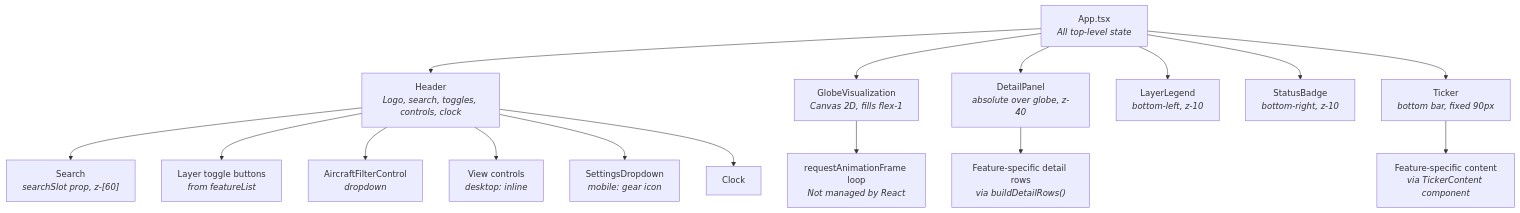
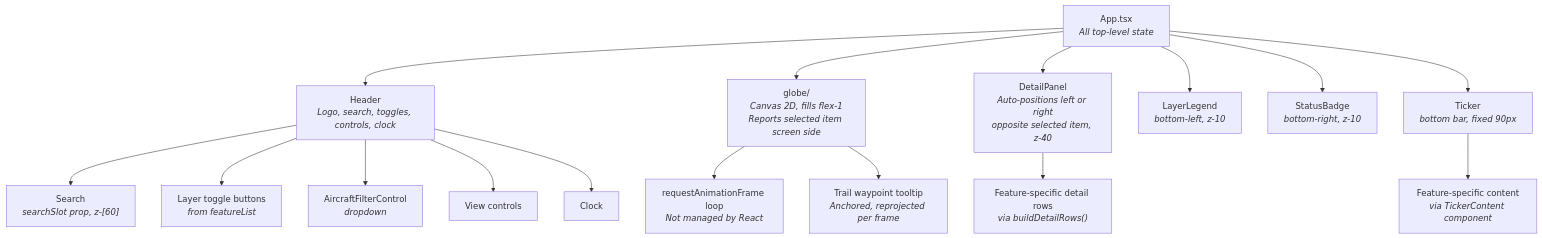
Diagram 13 of 14 in docs/architecture.md (iiTONELOC/sigint), drawn with Mermaid before and after one commit. The commit also changed other lines of this file and 39 other files, not shown here.

````diff
--- a/docs/architecture.md
+++ b/docs/architecture.md
@@ -610,24 +653,24 @@
 ```mermaid
 graph TD
     App["App.tsx<br/><i>All top-level state</i>"]
 
     App --> Header["Header<br/><i>Logo, search, toggles, controls, clock</i>"]
     Header --> SearchComp["Search<br/><i>searchSlot prop, z-[60]</i>"]
     Header --> LayerToggles["Layer toggle buttons<br/><i>from featureList</i>"]
     Header --> AircraftFC["AircraftFilterControl<br/><i>dropdown</i>"]
-    Header --> ViewDesktop["View controls<br/><i>desktop: inline</i>"]
-    Header --> ViewMobile["SettingsDropdown<br/><i>mobile: gear icon</i>"]
+    Header --> ViewControls["View controls"]
     Header --> Clock["Clock"]
 
-    App --> GlobeViz["GlobeVisualization<br/><i>Canvas 2D, fills flex-1</i>"]
+    App --> GlobeViz["globe/<br/><i>Canvas 2D, fills flex-1<br/>Reports selected item screen side</i>"]
     GlobeViz --> CanvasLoop["requestAnimationFrame loop<br/><i>Not managed by React</i>"]
+    GlobeViz --> Tooltip["Trail waypoint tooltip<br/><i>Anchored, reprojected per frame</i>"]
 
-    App --> DetailPanel["DetailPanel<br/><i>absolute over globe, z-40</i>"]
+    App --> DetailPanel["DetailPanel<br/><i>Auto-positions left or right<br/>opposite selected item, z-40</i>"]
     DetailPanel --> DetailRows["Feature-specific detail rows<br/><i>via buildDetailRows()</i>"]
 
     App --> LayerLegend["LayerLegend<br/><i>bottom-left, z-10</i>"]
     App --> StatusBadge["StatusBadge<br/><i>bottom-right, z-10</i>"]
 
     App --> Ticker["Ticker<br/><i>bottom bar, fixed 90px</i>"]
     Ticker --> TickerContent["Feature-specific content<br/><i>via TickerContent component</i>"]
 ```
````
